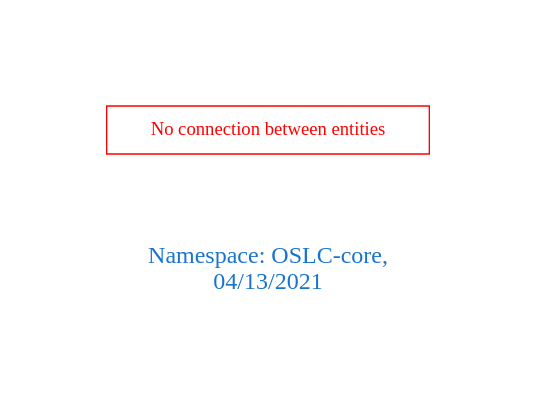
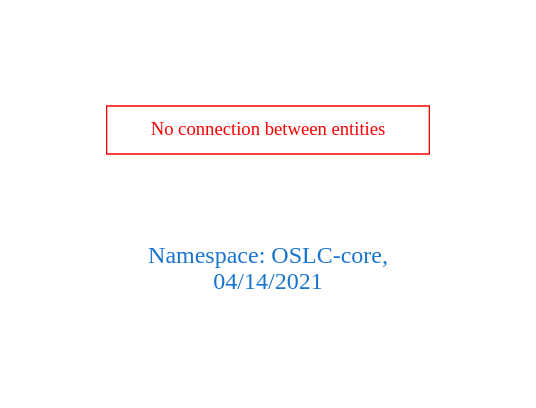
The diagram in downloads/OSLC-core.dot (arago/OGIT), drawn with Graphviz before and after one commit. The commit also changed 1849 other files, not shown here.

```diff
--- a/downloads/OSLC-core.dot
+++ b/downloads/OSLC-core.dot
@@ -1,9 +1,9 @@
 digraph OGIT_ontology {
  graph [ rankdir= LR,pad=1 
 fontsize = 18,
-fontcolor= dodgerblue3,label = "\n\n\nNamespace: OSLC-core, \n 04/13/2021"];
+fontcolor= dodgerblue3,label = "\n\n\nNamespace: OSLC-core, \n 04/14/2021"];
 node[shape=polygon];
 edge [  color="gray81"];
 
 "No connection between entities" [fontcolor = "red",color="red", shape="polygon"]
 }
```
